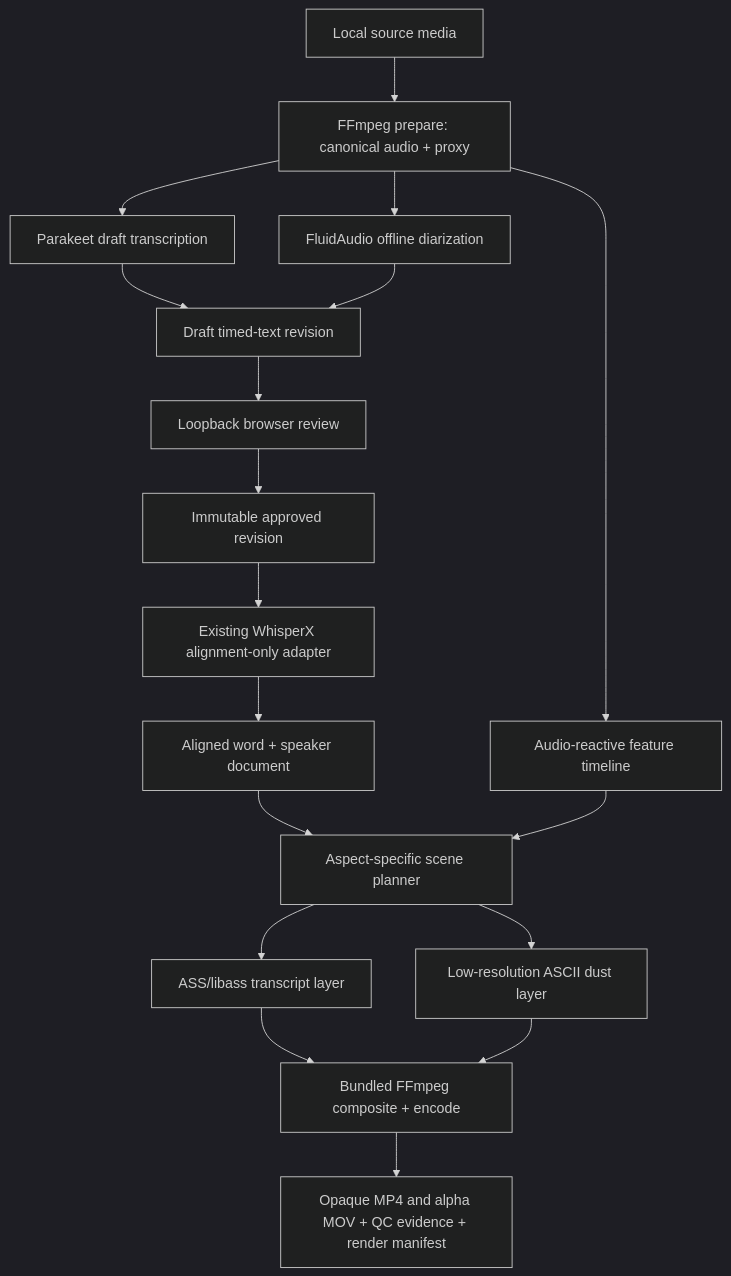
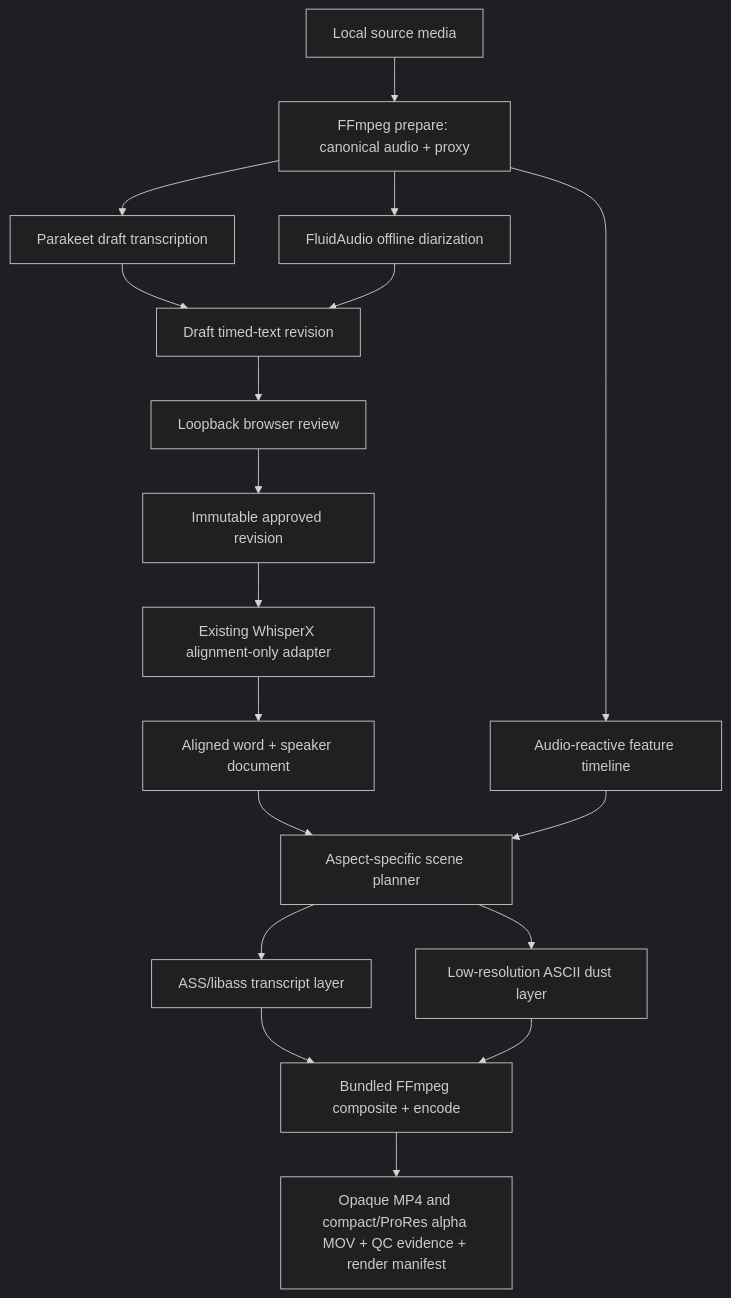
One commit to aindaco1/podcast-visualizer changed the diagram in docs/implementation-plan.md. Above: the diagram before and after it, drawn with Mermaid (dark theme). The commit also changed other lines of this file and 13 other files, not shown here.

Commit message:
feat: add compact HEVC alpha overlays

````diff
--- a/docs/implementation-plan.md
+++ b/docs/implementation-plan.md
@@ -70,20 +72,20 @@
 ```mermaid
 flowchart TD
     A["Local source media"] --> B["FFmpeg prepare: canonical audio + proxy"]
     B --> C["Parakeet draft transcription"]
     B --> D["FluidAudio offline diarization"]
     C --> E["Draft timed-text revision"]
     D --> E
     E --> F["Loopback browser review"]
     F --> G["Immutable approved revision"]
     G --> H["Existing WhisperX alignment-only adapter"]
     H --> I["Aligned word + speaker document"]
     B --> J["Audio-reactive feature timeline"]
     I --> K["Aspect-specific scene planner"]
     J --> K
     K --> L["ASS/libass transcript layer"]
     K --> M["Low-resolution ASCII dust layer"]
     L --> N["Bundled FFmpeg composite + encode"]
     M --> N
-    N --> O["Opaque MP4 and alpha MOV + QC evidence + render manifest"]
+    N --> O["Opaque MP4 and compact/ProRes alpha MOV + QC evidence + render manifest"]
 ```
````
